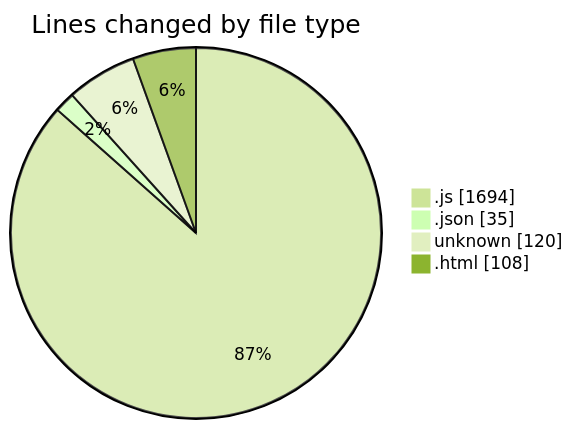
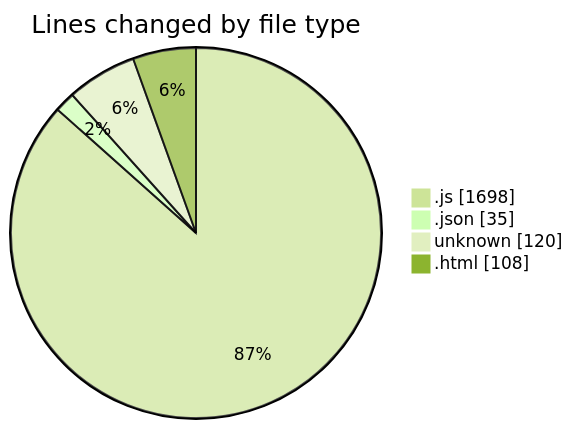
One commit to becaeroporto-bot/code-tracking changed the first of 2 diagrams in 2026-02-20/bot_i_a/README.md. Above: the diagram before and after it, drawn with Mermaid (forest theme). The commit also changed other lines of this file and 1 other file, not shown here.

````diff
--- a/2026-02-20/bot_i_a/README.md
+++ b/2026-02-20/bot_i_a/README.md
@@ -40,8 +40,8 @@
 ```mermaid
 pie showData
 title Lines changed by file type
-".js" : 1694
+".js" : 1698
 ".json" : 35
 "unknown" : 120
 ".html" : 108
 ```
````
